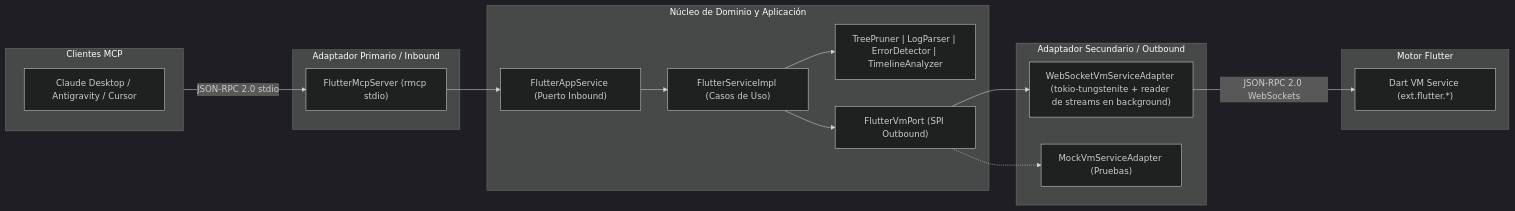
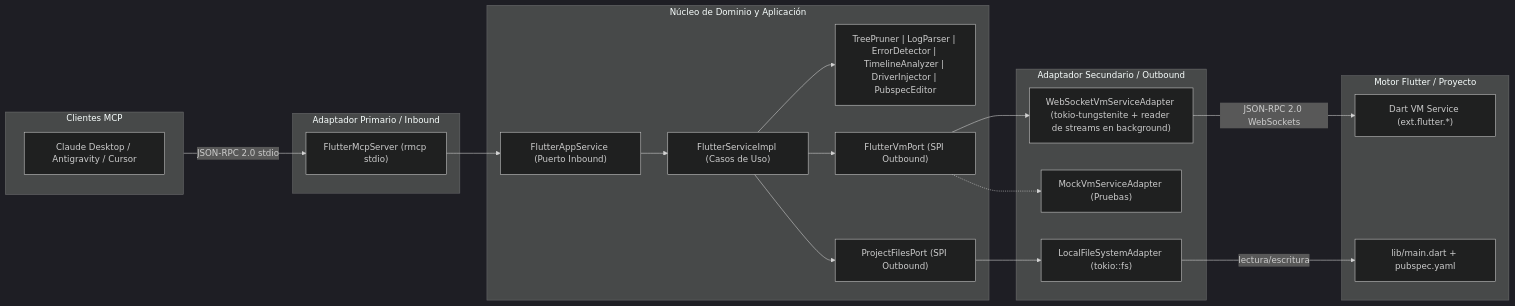
Before and after one commit to guty3rrez/flutter-mcp: the diagram in README.es.md, drawn with Mermaid (dark theme). The commit also changed other lines of this file and 17 other files, not shown here.

First line of the commit message:
feat: add flutter_start_control tool to inject driver control at runtime (#2)

````diff
--- a/README.es.md
+++ b/README.es.md
@@ -141,35 +153,41 @@
 ```mermaid
 graph LR
     subgraph Client [Clientes MCP]
         Claude[Claude Desktop / Antigravity / Cursor]
     end
 
     subgraph InboundAdapter [Adaptador Primario / Inbound]
         MCPServer["FlutterMcpServer (rmcp stdio)"]
     end
 
     subgraph Core [Núcleo de Dominio y Aplicación]
         AppPort["FlutterAppService (Puerto Inbound)"]
         UseCase["FlutterServiceImpl (Casos de Uso)"]
-        Domain["TreePruner | LogParser | ErrorDetector | TimelineAnalyzer"]
+        Domain["TreePruner | LogParser | ErrorDetector | TimelineAnalyzer | DriverInjector | PubspecEditor"]
         VMPort["FlutterVmPort (SPI Outbound)"]
+        FilesPort["ProjectFilesPort (SPI Outbound)"]
     end
 
     subgraph OutboundAdapter [Adaptador Secundario / Outbound]
         WSAdapter["WebSocketVmServiceAdapter (tokio-tungstenite + reader de streams en background)"]
         MockAdapter["MockVmServiceAdapter (Pruebas)"]
+        FSAdapter["LocalFileSystemAdapter (tokio::fs)"]
     end
 
-    subgraph Target [Motor Flutter]
+    subgraph Target [Motor Flutter / Proyecto]
         VM["Dart VM Service (ext.flutter.*)"]
+        FS["lib/main.dart + pubspec.yaml"]
     end
 
     Client -->|JSON-RPC 2.0 stdio| MCPServer
     MCPServer --> AppPort
     AppPort --> UseCase
     UseCase --> Domain
     UseCase --> VMPort
+    UseCase --> FilesPort
     VMPort --> WSAdapter
     VMPort -.-> MockAdapter
+    FilesPort --> FSAdapter
     WSAdapter -->|JSON-RPC 2.0 WebSockets| VM
+    FSAdapter -->|lectura/escritura| FS
 ```
````
